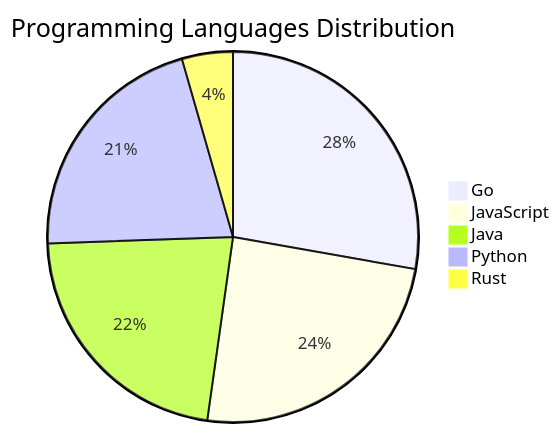
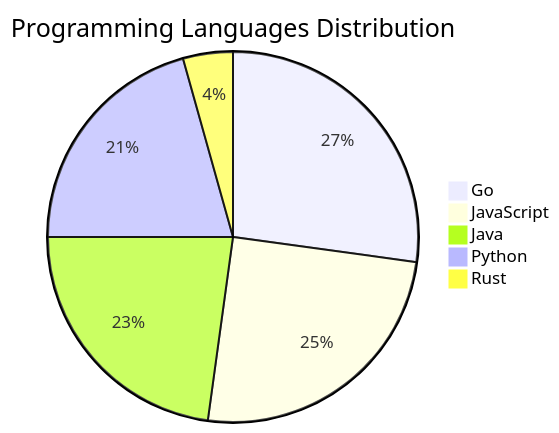
The diagram in README.md (Derrick-MUGISHA/github-activity-bot), drawn with Mermaid before and after one commit. The commit also changed other lines of this file and 3 other files, not shown here.

````diff
--- a/README.md
+++ b/README.md
@@ -69,8 +69,8 @@
 ```mermaid
 pie title Programming Languages Distribution
     "Go" : 25
-    "JavaScript" : 22
-    "Java" : 20
+    "JavaScript" : 23
+    "Java" : 21
     "Python" : 19
     "Rust" : 4
 ```
````
